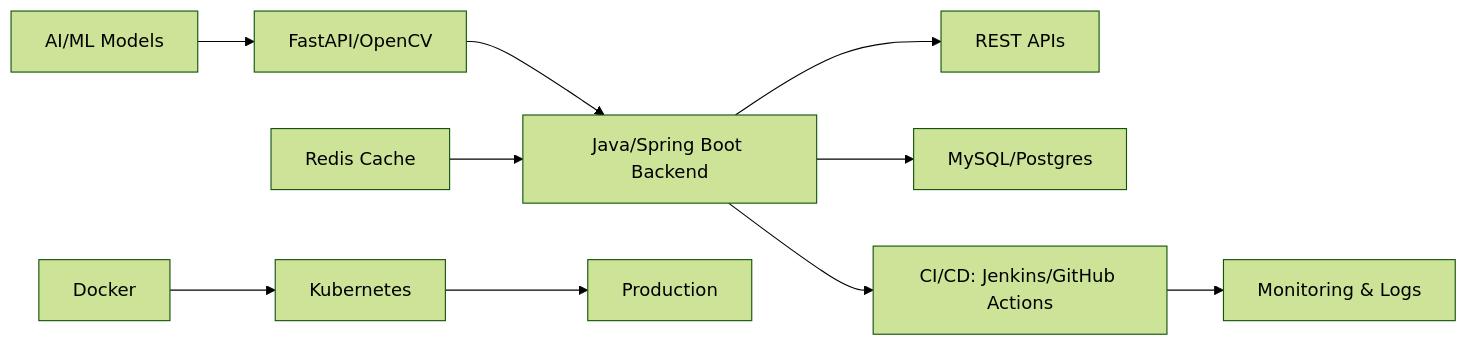
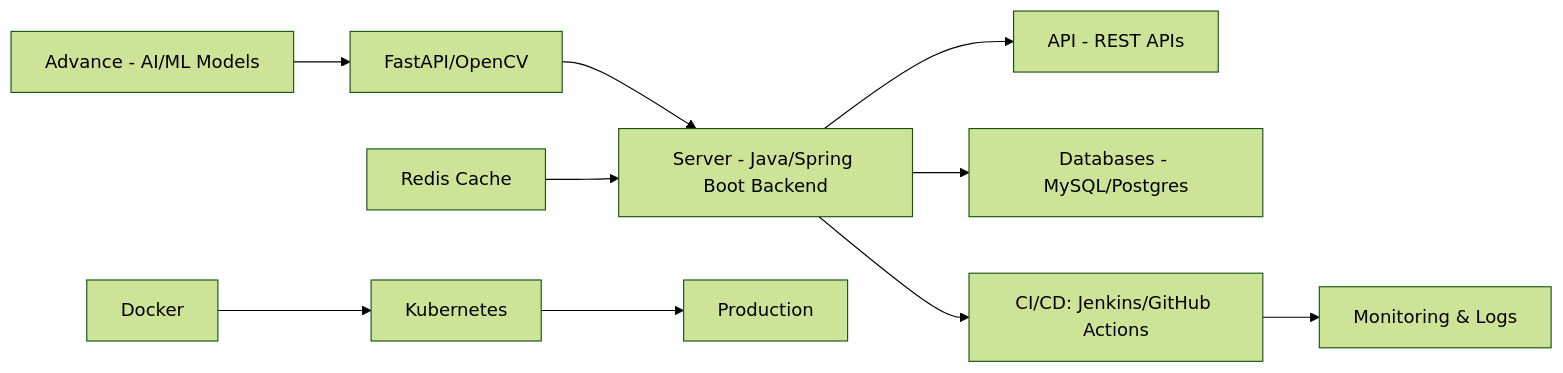
The diagram in README.md (AminaHasanaath/AminaHasanaath), drawn with Mermaid (forest theme) before and after one commit. The commit also changed other lines of this file, not shown here.

````diff
--- a/README.md
+++ b/README.md
@@ -68,12 +78,12 @@
 ```mermaid
 graph LR
-    A[AI/ML Models] --> B[FastAPI/OpenCV]
-    B --> C[Java/Spring Boot Backend]
-    C --> D[REST APIs]
-    C --> E[MySQL/Postgres]
+    A[Advance - AI/ML Models] --> B[FastAPI/OpenCV]
+    B --> C[Server - Java/Spring Boot Backend]
+    C --> D[API - REST APIs]
+    C --> E[Databases - MySQL/Postgres]
     F[Redis Cache] --> C
     G[Docker] --> H[Kubernetes]
     H --> I[Production]
     C --> J[CI/CD: Jenkins/GitHub Actions]
     J --> K[Monitoring & Logs]
 ```
````
